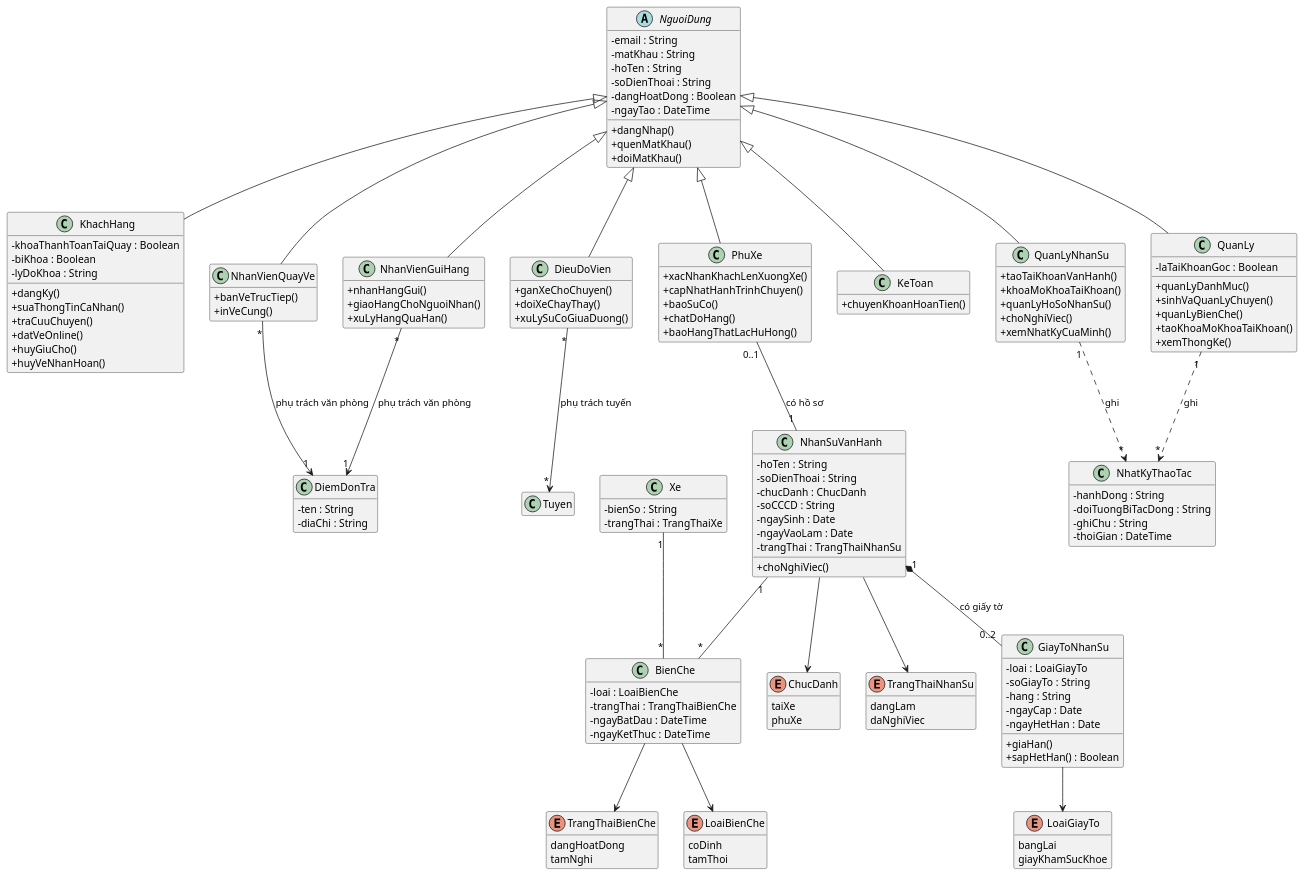
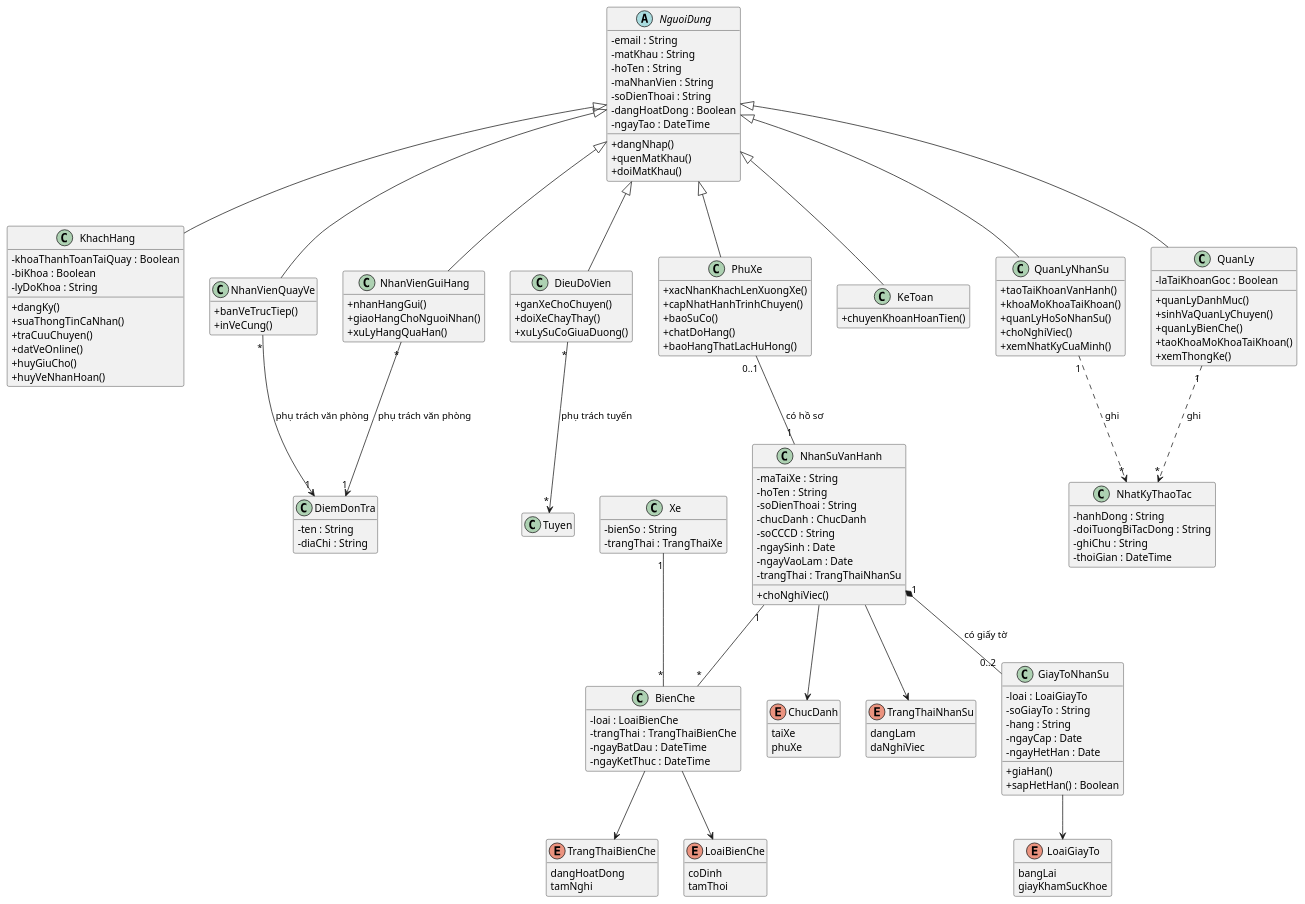
One commit to nguyenvietanhit19/Project1_HeThongQuanLyNhaXeKhachLienTinh changed diagram 50 of 53 in UML_DIAGRAMS.md. Above: the diagram before and after it, drawn with PlantUML. The commit also changed other lines of this file and 12 other files, not shown here.

Commit message:
Dong bo tai lieu ma nhan vien, nhat ky quan_ly va tom tat doan chat

```diff
--- a/UML_DIAGRAMS.md
+++ b/UML_DIAGRAMS.md
@@ -1455,6 +1455,7 @@
   - email : String
   - matKhau : String
   - hoTen : String
+  - maNhanVien : String
   - soDienThoai : String
   - dangHoatDong : Boolean
   - ngayTao : DateTime
@@ -1527,6 +1528,7 @@
 }
 
 class NhanSuVanHanh {
+  - maTaiXe : String
   - hoTen : String
   - soDienThoai : String
   - chucDanh : ChucDanh
```
